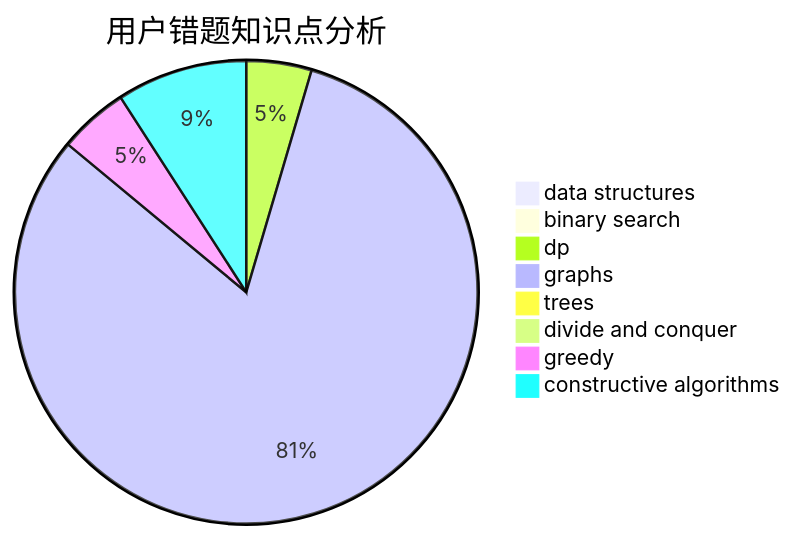
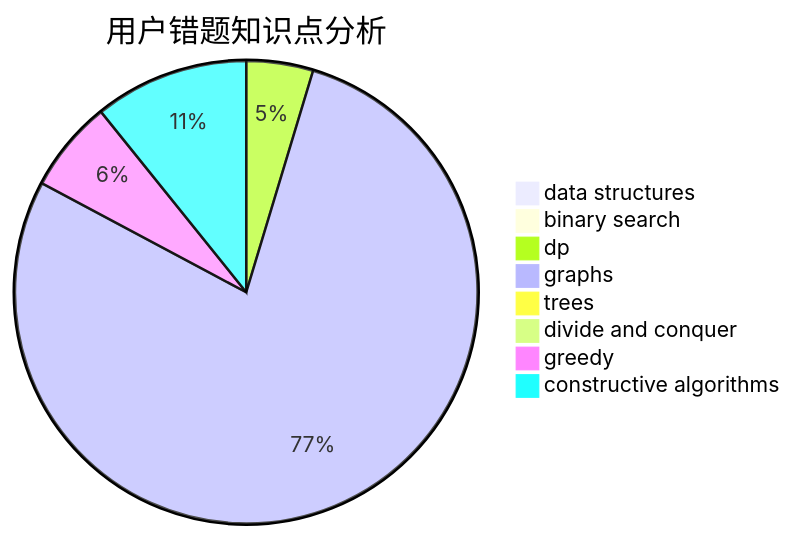
One commit to sherpahu/cfrs.github.io changed the third of 3 diagrams in docs/user/u442.md. Above: the diagram before and after it, drawn with Mermaid. The commit also changed other lines of this file and 2770 other files, not shown here.

````diff
--- a/docs/user/u442.md
+++ b/docs/user/u442.md
@@ -36,11 +36,11 @@
 ```mermaid
 pie title 用户错题知识点分析
-    "data structures" :  1
+    "data structures" :  3
     "binary search" :  1
-    "dp" :  15
+    "dp" :  16
     "graphs" :  268
     "trees" :  1
     "divide and conquer" :  0
-    "greedy" :  16
-    "constructive algorithms" :  30
+    "greedy" :  22
+    "constructive algorithms" :  37
 ```
````
